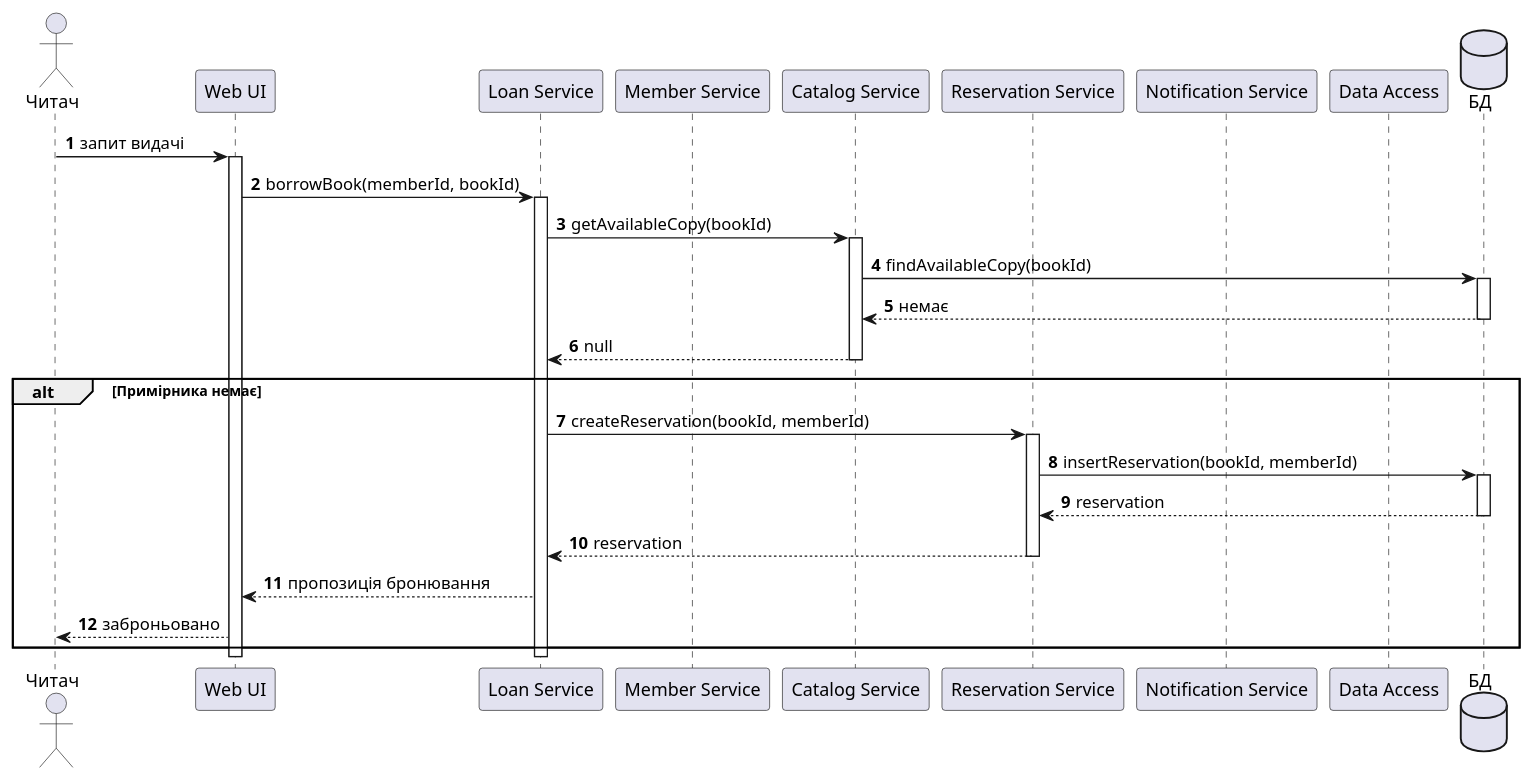
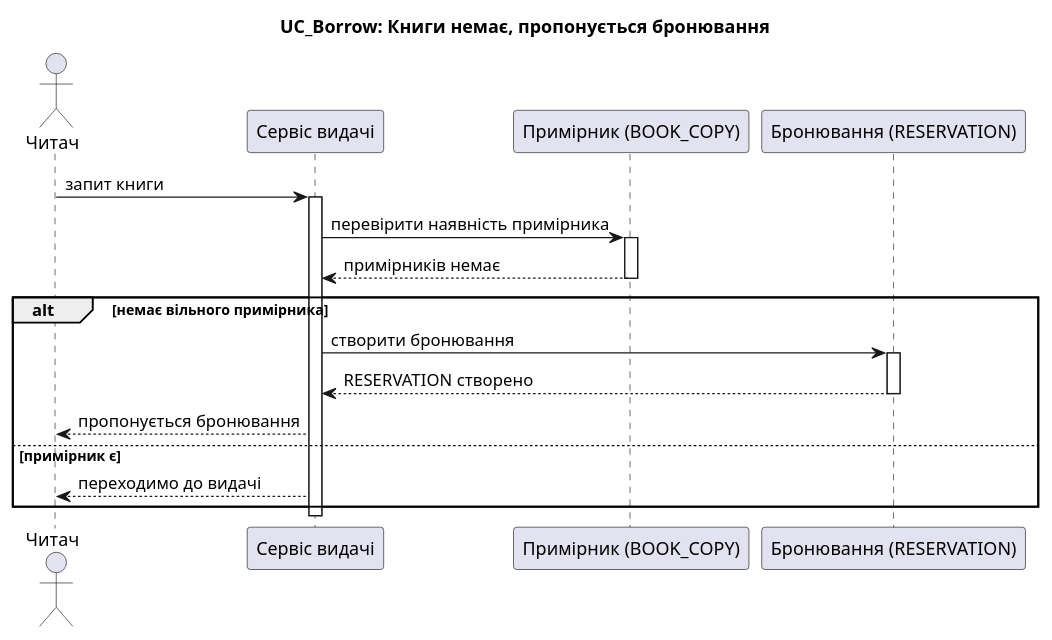
The second of 5 diagrams in task-3/sequence.puml (veronikapaschenkor29-png/Library-Modeling-and-Analysis-of-Software-Requirements), drawn with PlantUML before and after one commit. The commit also changed other lines of this file and 4 other files, not shown here.

First line of the commit message:
docs(task-3): sequence diagrams for UC_Borrow scenarios

```diff
--- a/task-3/sequence.puml
+++ b/task-3/sequence.puml
@@ -53,40 +32,23 @@
-@startuml d2-no-copy-reservation
-autonumber
-
-actor "Читач" as Reader
-participant "Web UI" as WebUI
-participant "Loan Service" as LoanService
-participant "Member Service" as MemberService
-participant "Catalog Service" as CatalogService
-participant "Reservation Service" as ReservationService
-participant "Notification Service" as NotificationService
-participant "Data Access" as DataAccess
-database "БД" as DB
-
-Reader -> WebUI : запит видачі
-activate WebUI
-WebUI -> LoanService : borrowBook(memberId, bookId)
-activate LoanService
-LoanService -> CatalogService : getAvailableCopy(bookId)
-activate CatalogService
-CatalogService -> DB : findAvailableCopy(bookId)
-activate DB
-DB --> CatalogService : немає
-deactivate DB
-CatalogService --> LoanService : null
-deactivate CatalogService
-alt Примірника немає
-  LoanService -> ReservationService : createReservation(bookId, memberId)
-  activate ReservationService
-  ReservationService -> DB : insertReservation(bookId, memberId)
-  activate DB
-  DB --> ReservationService : reservation
-  deactivate DB
-  ReservationService --> LoanService : reservation
-  deactivate ReservationService
-  LoanService --> WebUI : пропозиція бронювання
-  WebUI --> Reader : заброньовано
+@startuml S2_NoCopy_Reserve
+title UC_Borrow: Книги немає, пропонується бронювання
+actor "Читач" as R
+participant "Сервіс видачі" as S
+participant "Примірник (BOOK_COPY)" as C
+participant "Бронювання (RESERVATION)" as RES
+R -> S : запит книги
+activate S
+S -> C : перевірити наявність примірника
+activate C
+C --> S : примірників немає
+deactivate C
+alt немає вільного примірника
+  S -> RES : створити бронювання
+  activate RES
+  RES --> S : RESERVATION створено
+  deactivate RES
+  S --> R : пропонується бронювання
+else примірник є
+  S --> R : переходимо до видачі
 end
-deactivate LoanService
-deactivate WebUI
+deactivate S
 @enduml
```
